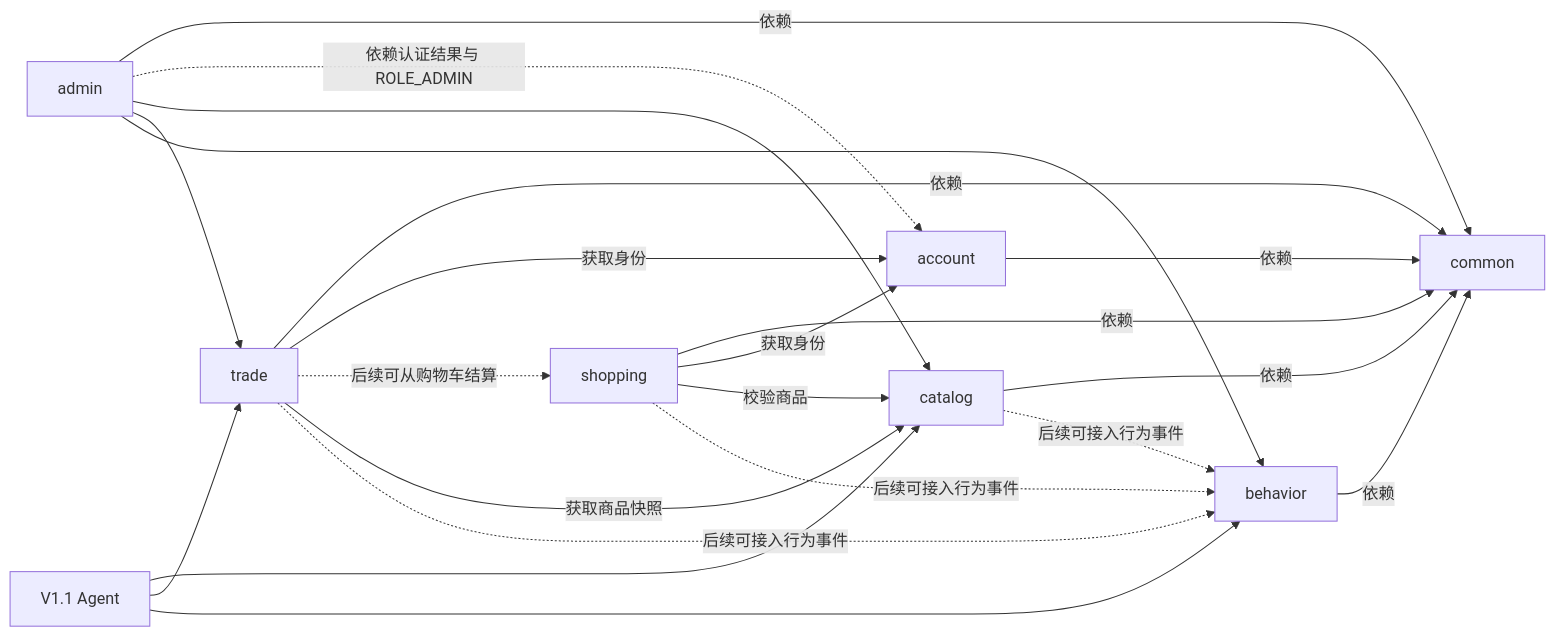
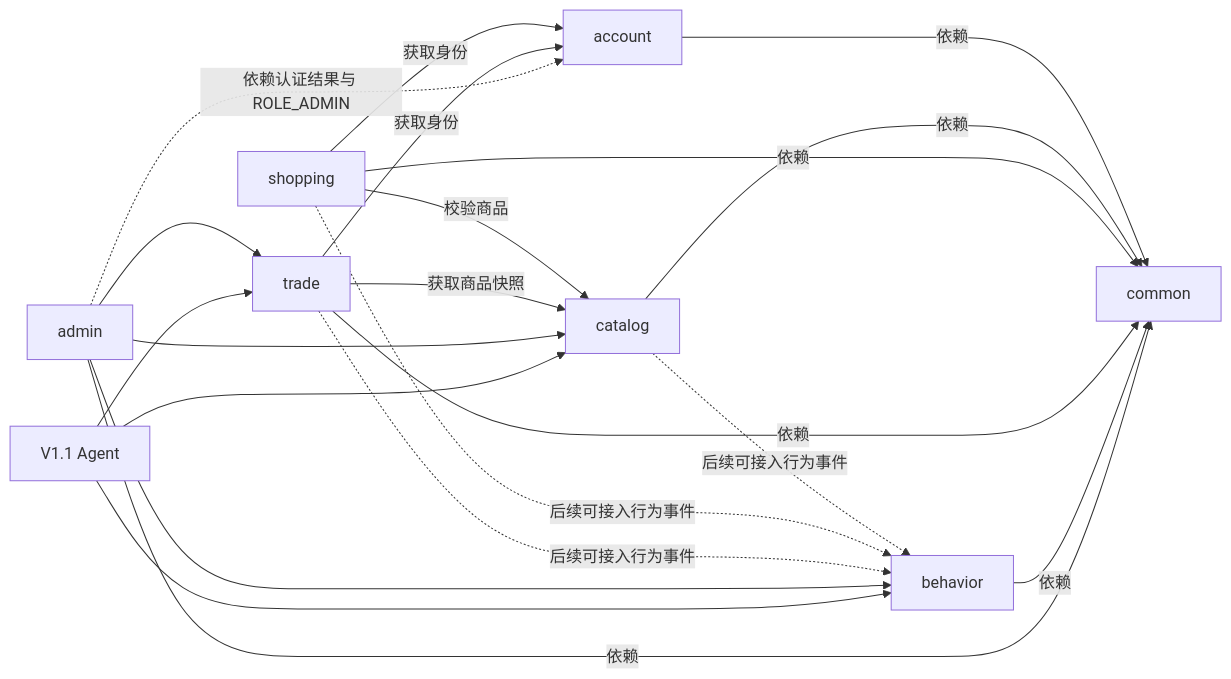
The fifth of 15 diagrams in docs/v1.0-architecture.md (XMU-Linjer/persona-flow-commerce), drawn with Mermaid before and after one commit. The commit also changed other lines of this file and 2 other files, not shown here.

Commit message:
新增 trade 模块设计

````diff
--- a/docs/v1.0-architecture.md
+++ b/docs/v1.0-architecture.md
@@ -535,38 +536,37 @@
 ```mermaid
 flowchart LR
     Common[common]
     Account[account]
     Catalog[catalog]
     Shopping[shopping]
     Trade[trade]
     Behavior[behavior]
     Admin[admin]
     Agent[V1.1 Agent]
 
     Account -->|依赖| Common
     Catalog -->|依赖| Common
     Shopping -->|依赖| Common
     Trade -->|依赖| Common
     Behavior -->|依赖| Common
     Admin -->|依赖| Common
 
     Shopping -->|获取身份| Account
     Shopping -->|校验商品| Catalog
 
     Trade -->|获取身份| Account
-    Trade -.后续可从购物车结算.-> Shopping
     Trade -->|获取商品快照| Catalog
 
     Catalog -.后续可接入行为事件.-> Behavior
     Shopping -.后续可接入行为事件.-> Behavior
     Trade -.后续可接入行为事件.-> Behavior
 
     Admin -.依赖认证结果与 ROLE_ADMIN.-> Account
     Admin --> Catalog
     Admin --> Trade
     Admin --> Behavior
 
     Agent --> Catalog
     Agent --> Trade
     Agent --> Behavior
 ```
````
